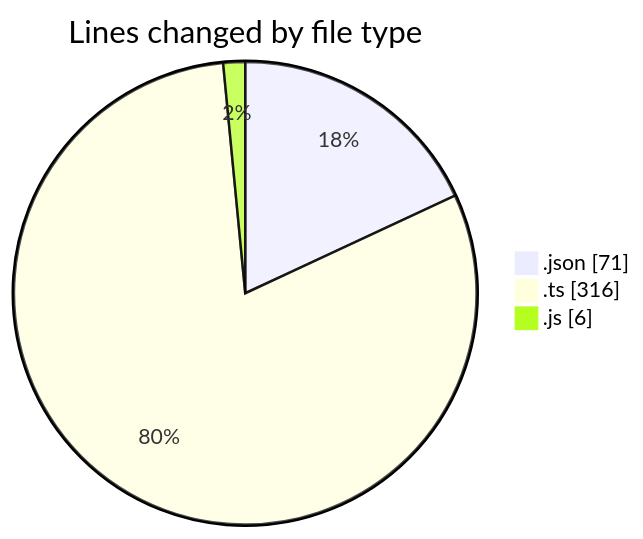
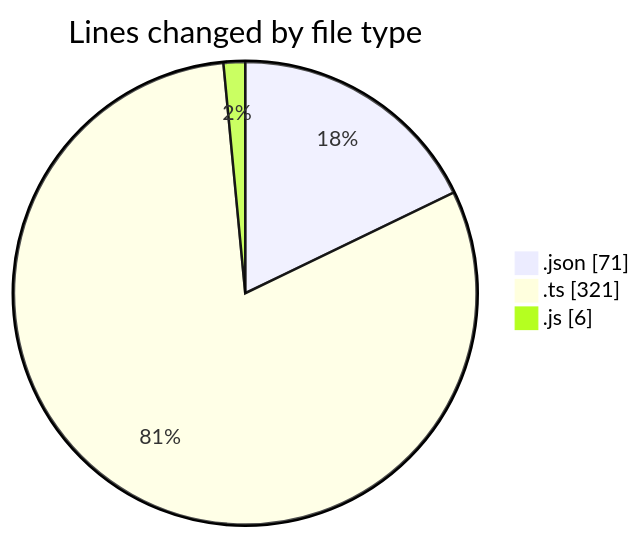
One commit to momahboobian/code-tracking changed the first of 2 diagrams in 2025-02-06/cda/README.md. Above: the diagram before and after it, drawn with Mermaid. The commit also changed other lines of this file and 1 other file, not shown here.

````diff
--- a/2025-02-06/cda/README.md
+++ b/2025-02-06/cda/README.md
@@ -25,7 +25,7 @@
 ```mermaid
 pie showData
 title Lines changed by file type
 ".json" : 71
-".ts" : 316
+".ts" : 321
 ".js" : 6
 ```
````
